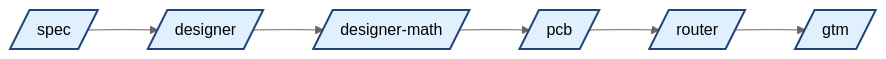
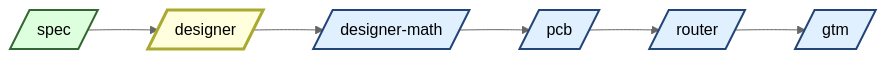
One commit to El-Guapo2024/hw-toolkit changed the first of 2 diagrams in DESIGN_LIVE.md. Above: the diagram before and after it, drawn with Mermaid (neutral theme). The commit also changed other lines of this file and 34 other files, not shown here.

````diff
--- a/DESIGN_LIVE.md
+++ b/DESIGN_LIVE.md
@@ -5,10 +5,12 @@
 ```mermaid
 flowchart LR
-  SPEC[/spec/]:::stage --> DSGN[/designer/]:::stage
+  SPEC[/spec/]:::done --> DSGN[/designer/]:::next
   DSGN --> MATH[/designer-math/]:::stage
   MATH --> PCB[/pcb/]:::stage
   PCB --> RTR[/router/]:::stage
   RTR --> GTM[/gtm/]:::stage
 
   classDef stage fill:#e0f0ff,stroke:#247,stroke-width:2
+  classDef done  fill:#dfd,stroke:#363,stroke-width:2
+  classDef next  fill:#ffd,stroke:#aa3,stroke-width:3
 ```
````
